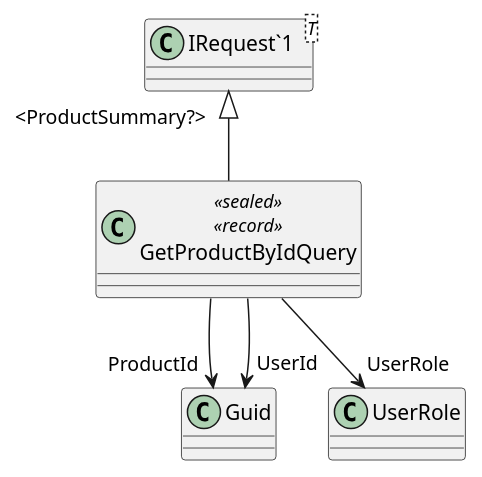
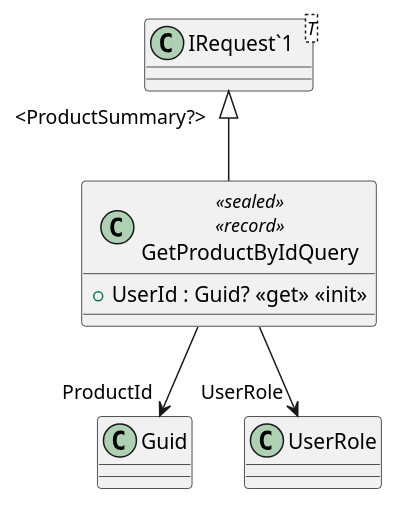
Before and after one commit to nikita-mlygin/ProperNutritionDiary: the diagram in plantuml/src/Product/ProperNutritionDiary.Product.Application/Product/Get/ById/GetProductByIdQuery.puml, drawn with PlantUML. The commit also changed 166 other files, not shown here.

```diff
--- a/plantuml/src/Product/ProperNutritionDiary.Product.Application/Product/Get/ById/GetProductByIdQuery.puml
+++ b/plantuml/src/Product/ProperNutritionDiary.Product.Application/Product/Get/ById/GetProductByIdQuery.puml
@@ -1,10 +1,10 @@
 @startuml
 class GetProductByIdQuery <<sealed>> <<record>> {
+    + UserId : Guid? <<get>> <<init>>
 }
 class "IRequest`1"<T> {
 }
 "IRequest`1" "<ProductSummary?>" <|-- GetProductByIdQuery
 GetProductByIdQuery --> "ProductId" Guid
-GetProductByIdQuery --> "UserId" Guid
 GetProductByIdQuery --> "UserRole" UserRole
 @enduml
```
